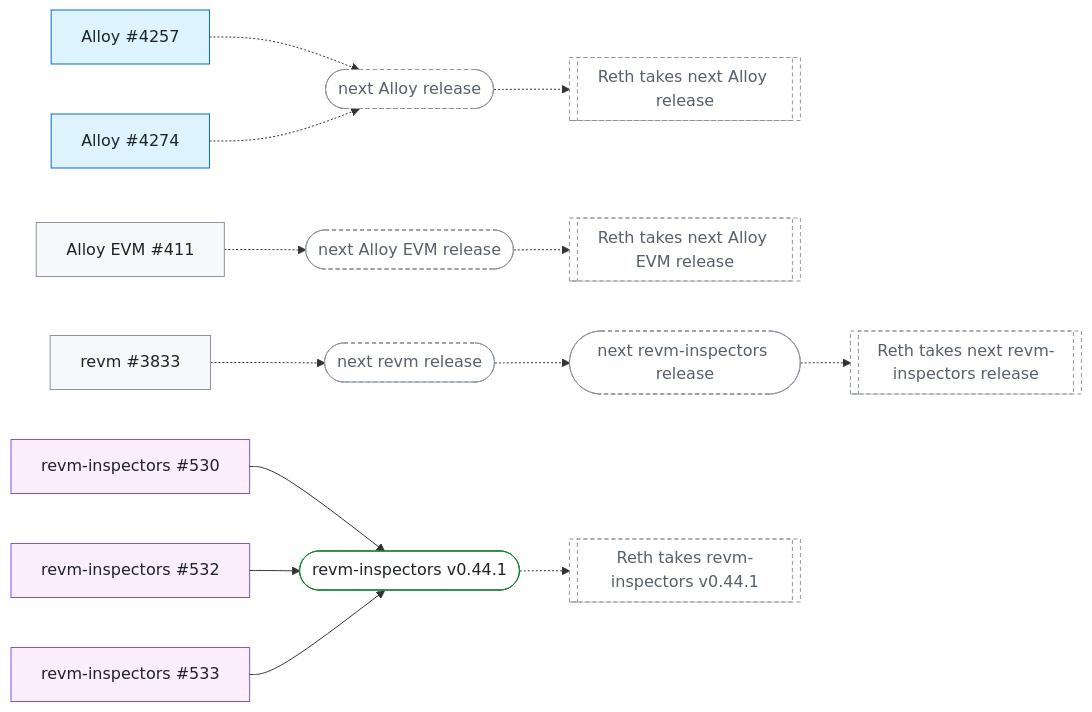
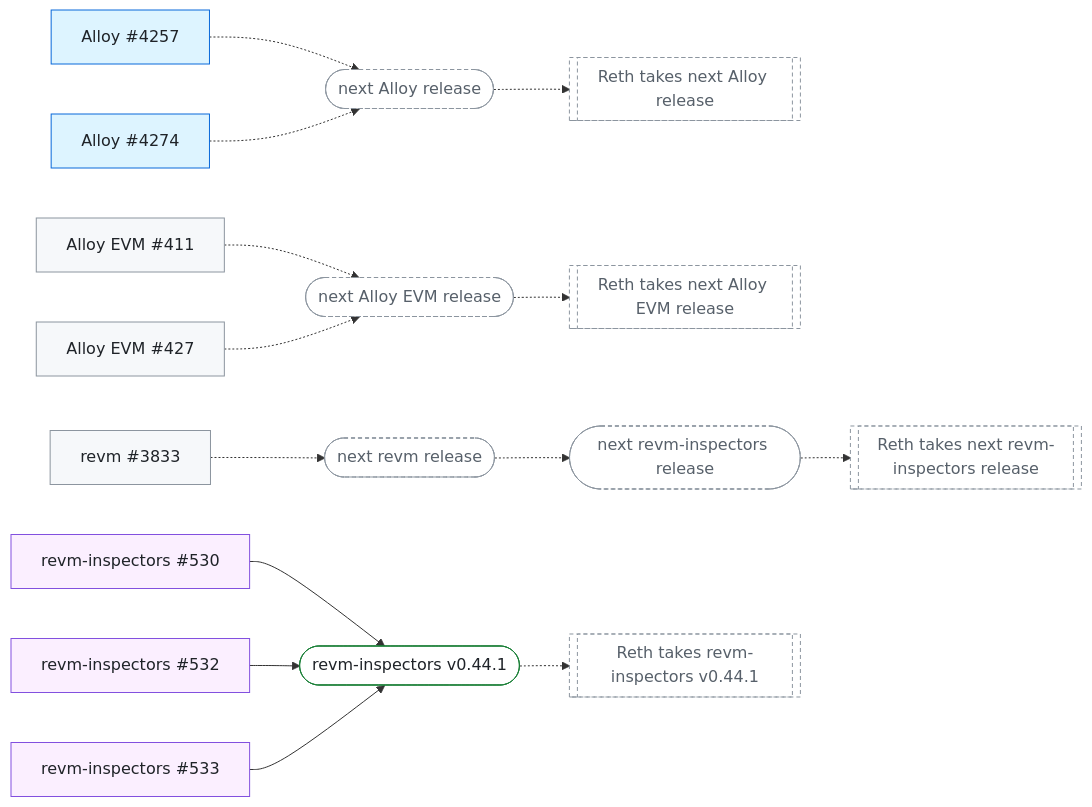
Before and after one commit to banteg/trace-interop: the third of 3 diagrams in docs/client-fixes.md, drawn with Mermaid. The commit also changed other lines of this file and 21 other files, not shown here.

````diff
--- a/docs/client-fixes.md
+++ b/docs/client-fixes.md
@@ -158,36 +162,38 @@
 ```mermaid
 flowchart LR
   Alloy_4257["Alloy #4257"]:::merged
   next_Alloy_release(["next Alloy release"]):::pending
   Reth_takes_next_Alloy_release[["Reth takes next Alloy release"]]:::pending
   Alloy_4274["Alloy #4274"]:::merged
   Alloy_EVM_411["Alloy EVM #411"]:::open
   next_Alloy_EVM_release(["next Alloy EVM release"]):::pending
   Reth_takes_next_Alloy_EVM_release[["Reth takes next Alloy EVM release"]]:::pending
+  Alloy_EVM_427["Alloy EVM #427"]:::open
   revm_3833["revm #3833"]:::open
   next_revm_release(["next revm release"]):::pending
   next_revm_inspectors_release(["next revm-inspectors release"]):::pending
   Reth_takes_next_revm_inspectors_release[["Reth takes next revm-inspectors release"]]:::pending
   revm_inspectors_530["revm-inspectors #530"]:::released
   revm_inspectors_v0_44_1(["revm-inspectors v0.44.1"]):::done
   Reth_takes_revm_inspectors_v0_44_1[["Reth takes revm-inspectors v0.44.1"]]:::pending
   revm_inspectors_532["revm-inspectors #532"]:::released
   revm_inspectors_533["revm-inspectors #533"]:::released
   Alloy_4257 -.-> next_Alloy_release
   next_Alloy_release -.-> Reth_takes_next_Alloy_release
   Alloy_4274 -.-> next_Alloy_release
   Alloy_EVM_411 -.-> next_Alloy_EVM_release
   next_Alloy_EVM_release -.-> Reth_takes_next_Alloy_EVM_release
+  Alloy_EVM_427 -.-> next_Alloy_EVM_release
   revm_3833 -.-> next_revm_release
   next_revm_release -.-> next_revm_inspectors_release
   next_revm_inspectors_release -.-> Reth_takes_next_revm_inspectors_release
   revm_inspectors_530 --> revm_inspectors_v0_44_1
   revm_inspectors_v0_44_1 -.-> Reth_takes_revm_inspectors_v0_44_1
   revm_inspectors_532 --> revm_inspectors_v0_44_1
   revm_inspectors_533 --> revm_inspectors_v0_44_1
   classDef open fill:#f6f8fa,stroke:#8c959f,color:#1f2328
   classDef merged fill:#ddf4ff,stroke:#0969da,color:#1f2328
   classDef released fill:#fbefff,stroke:#8250df,color:#1f2328
   classDef done fill:#ffffff,stroke:#1a7f37,color:#1f2328
   classDef pending fill:#ffffff,stroke:#8c959f,stroke-dasharray:4 3,color:#57606a
 ```
````
